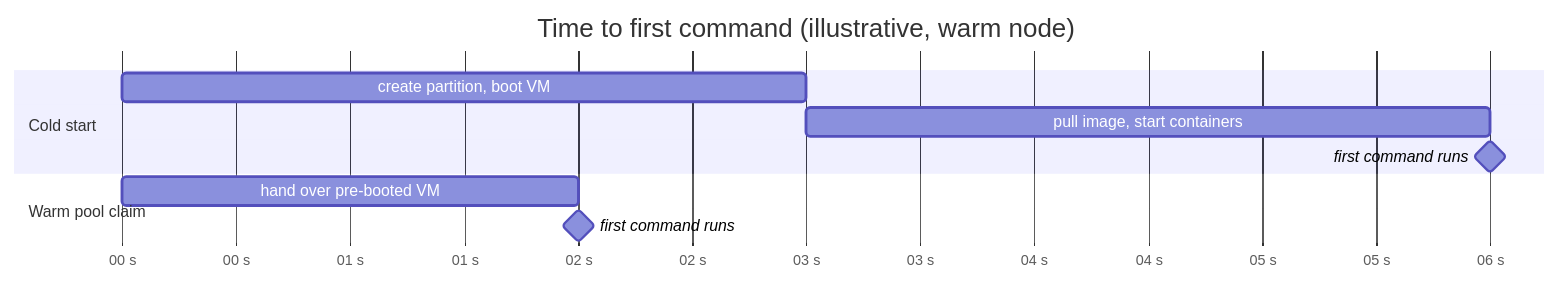
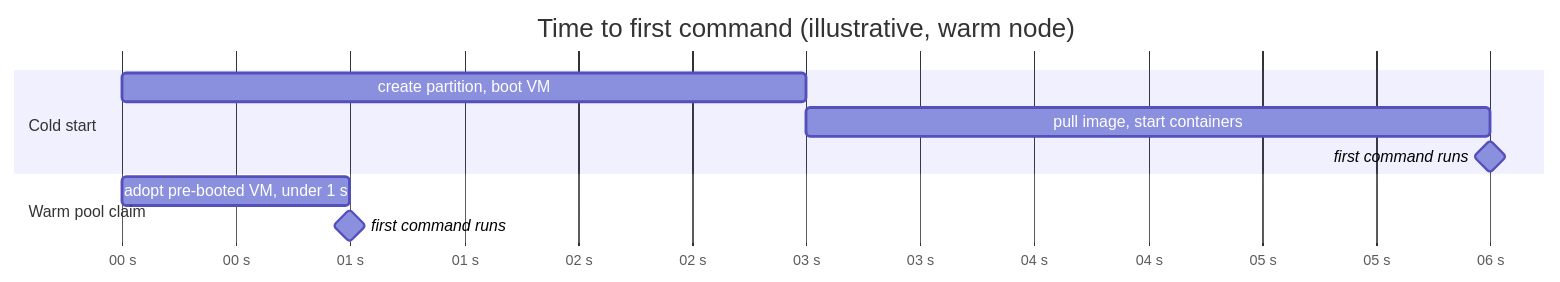
One commit to aws-samples/sample-eks-nitro-sandbox changed the diagram in examples/getting-started/warm-pool/README.md. Above: the diagram before and after it, drawn with Mermaid. The commit also changed other lines of this file and 4 other files, not shown here.

````diff
--- a/examples/getting-started/warm-pool/README.md
+++ b/examples/getting-started/warm-pool/README.md
@@ -149,13 +149,13 @@
 ```mermaid
 gantt
     title Time to first command (illustrative, warm node)
     dateFormat  s
     axisFormat  %S s
     section Cold start
     create partition, boot VM    :a1, 0, 3s
     pull image, start containers :a2, after a1, 3s
     first command runs           :milestone, m1, after a2, 0s
     section Warm pool claim
-    hand over pre-booted VM      :b1, 0, 2s
+    adopt pre-booted VM, under 1 s :b1, 0, 1s
     first command runs           :milestone, m2, after b1, 0s
 ```
````
